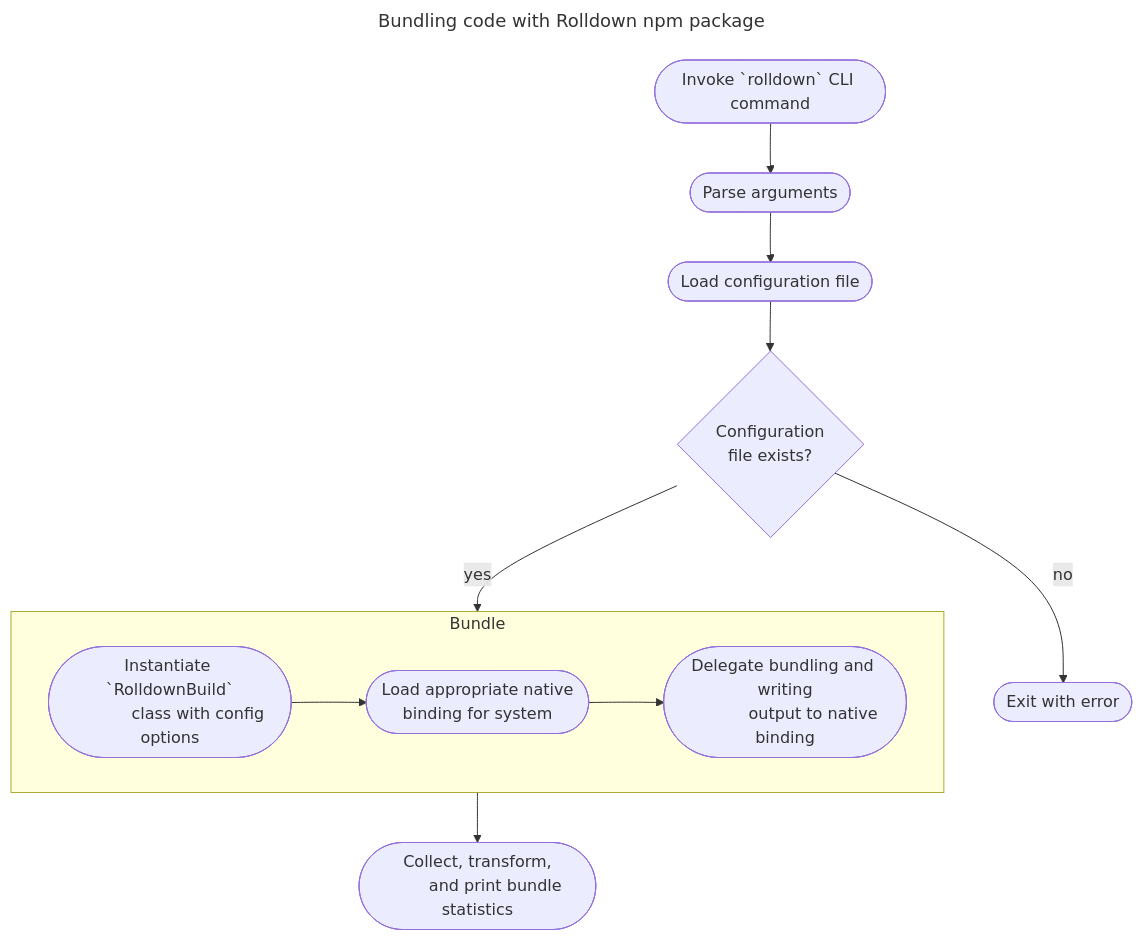
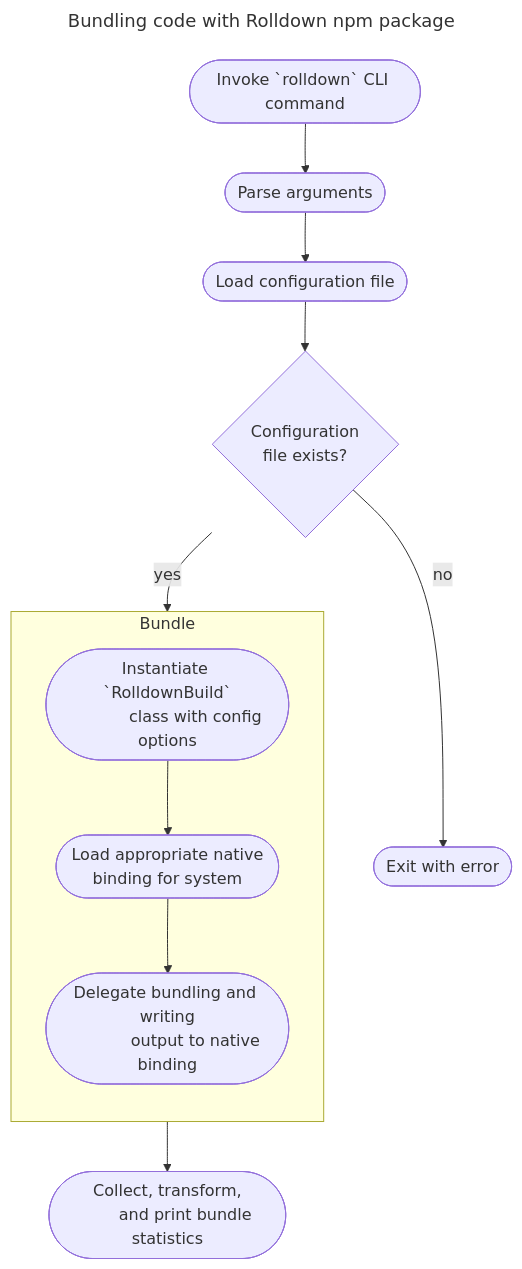
The second of 2 diagrams in web/docs/contrib-guide/architecture.md (rolldown/rolldown), drawn with Mermaid before and after one commit. The commit also changed 1 other file, not shown here.

Commit message:
update Mermaid component

````diff
--- a/web/docs/contrib-guide/architecture.md
+++ b/web/docs/contrib-guide/architecture.md
@@ -106,35 +106,36 @@
 ```mermaid
 ---
 title: Bundling code with Rolldown npm package
 ---
 flowchart TB
     invokeCli(["Invoke `rolldown` CLI command"]) -->
     parse([Parse arguments]) -->
     loadConfig([Load configuration file]) -->
     configExists{
         Configuration
         file exists?
     }
     configExists -->|no|exitWithError([Exit with error])
     configExists-->|yes|Bundle
 
     subgraph Bundle
+        direction TB
         instantiateBuild([
             Instantiate `RolldownBuild`
             class with config options
         ]) -->
         loadNativeBinding([
             Load appropriate native
             binding for system
         ]) -->
         writeOutput([
             Delegate bundling and writing
             output to native binding
         ])
     end
 
     Bundle --> printStats([
         Collect, transform,
         and print bundle statistics
     ])
 ```
````
